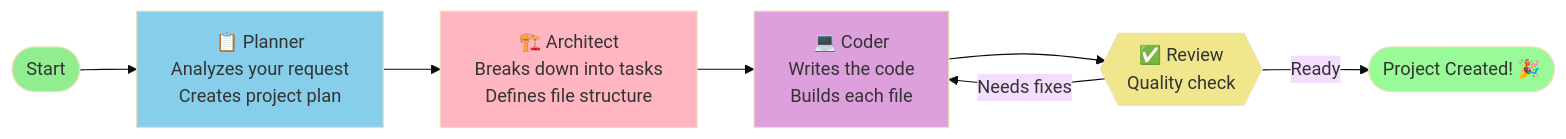
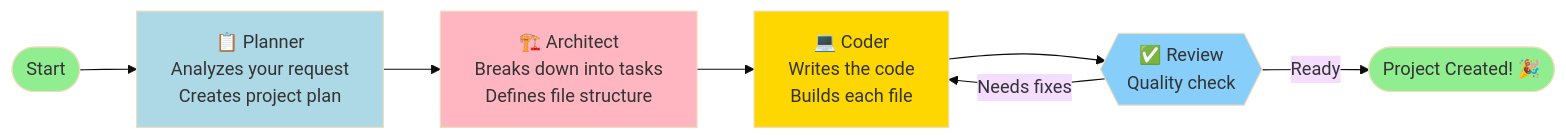
One commit to akhilesh3425/multi-agent-Coding-Assistant changed the diagram in README.md. Above: the diagram before and after it, drawn with Mermaid (base theme).

````diff
--- a/README.md
+++ b/README.md
@@ -137,16 +137,16 @@
 ```mermaid
 flowchart LR
     start(["Start"]) --> planner["📋 Planner<br/>Analyzes your request<br/>Creates project plan"]
     planner --> architect["🏗️ Architect<br/>Breaks down into tasks<br/>Defines file structure"]
     architect --> coder["💻 Coder<br/>Writes the code<br/>Builds each file"]
     coder --> review{{"✅ Review<br/>Quality check"}}
     review -->|Needs fixes| coder
     review -->|Ready| finish(["Project Created! 🎉"])
 
     style start fill:#90EE90
-    style planner fill:#87CEEB
+    style planner fill:#ADD8E6
     style architect fill:#FFB6C1
-    style coder fill:#DDA0DD
-    style review fill:#F0E68C
-    style finish fill:#98FB98
+    style coder fill:#FFD700
+    style review fill:#87CEFA
+    style finish fill:#90EE90
 ```
````
